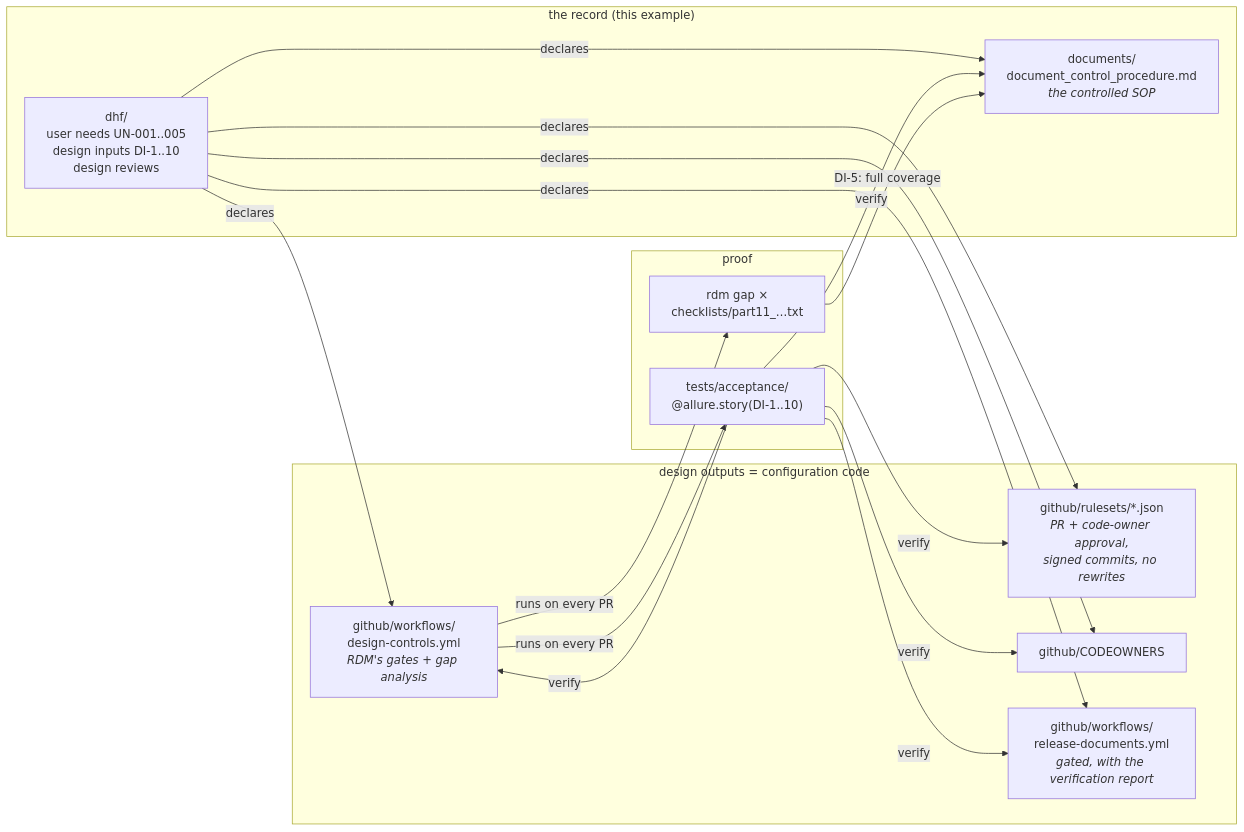
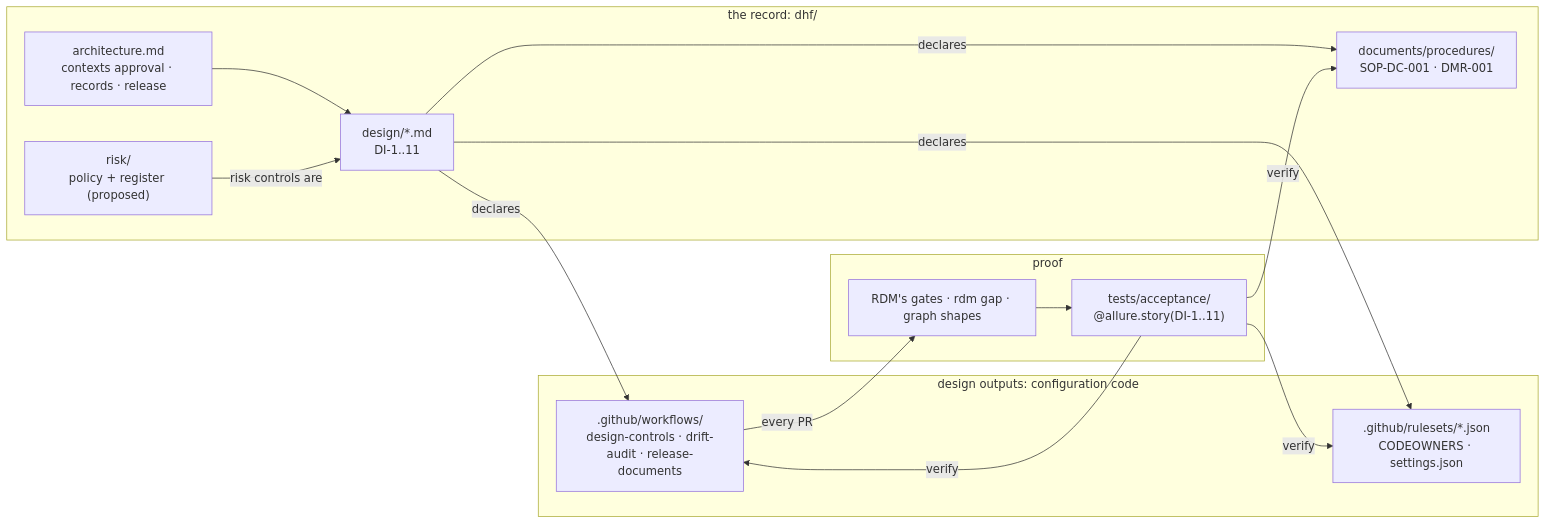
One commit to scope-impact/rdm changed the diagram in examples/github-document-control/README.md. Above: the diagram before and after it, drawn with Mermaid. The commit also changed other lines of this file and 39 other files, not shown here.

````diff
--- a/examples/github-document-control/README.md
+++ b/examples/github-document-control/README.md
@@ -12,21 +14,23 @@
 ```mermaid
 flowchart LR
-    subgraph record["the record (this example)"]
-        SOP["documents/<br>document_control_procedure.md<br><i>the controlled SOP</i>"]
-        DHF["dhf/<br>user needs UN-001..005<br>design inputs DI-1..10<br>design reviews"]
+    subgraph record["the record: dhf/"]
+        ARCH["architecture.md<br>contexts approval · records · release"]
+        DI["design/*.md<br>DI-1..11"]
+        RISK["risk/<br>policy + register (proposed)"]
+        SOP["documents/procedures/<br>SOP-DC-001 · DMR-001"]
     end
-    subgraph outputs["design outputs = configuration code"]
-        RULES["github/rulesets/*.json<br><i>PR + code-owner approval,<br>signed commits, no rewrites</i>"]
-        OWNERS["github/CODEOWNERS"]
-        CI["github/workflows/<br>design-controls.yml<br><i>RDM's gates + gap analysis</i>"]
-        REL["github/workflows/<br>release-documents.yml<br><i>gated, with the verification report</i>"]
+    subgraph outputs["design outputs: configuration code"]
+        RULES[".github/rulesets/*.json<br>CODEOWNERS · settings.json"]
+        CI[".github/workflows/<br>design-controls · drift-audit · release-documents"]
     end
     subgraph proof["proof"]
-        TESTS["tests/acceptance/<br>@allure.story(DI-1..10)"]
-        GAP["rdm gap ×<br>checklists/part11_…txt"]
+        TESTS["tests/acceptance/<br>@allure.story(DI-1..11)"]
+        GATES["RDM's gates · rdm gap · graph shapes"]
     end
-    DHF -->|declares| RULES & OWNERS & CI & REL & SOP
-    TESTS -->|verify| RULES & OWNERS & CI & REL & SOP
-    CI -->|runs on every PR| TESTS & GAP
-    GAP -->|DI-5: full coverage| SOP
+    ARCH --> DI
+    RISK -->|risk controls are| DI
+    DI -->|declares| RULES & CI & SOP
+    TESTS -->|verify| RULES & CI & SOP
+    CI -->|every PR| GATES
+    GATES --> TESTS
 ```
````
